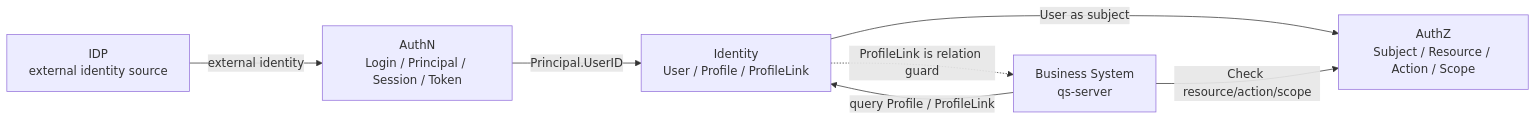
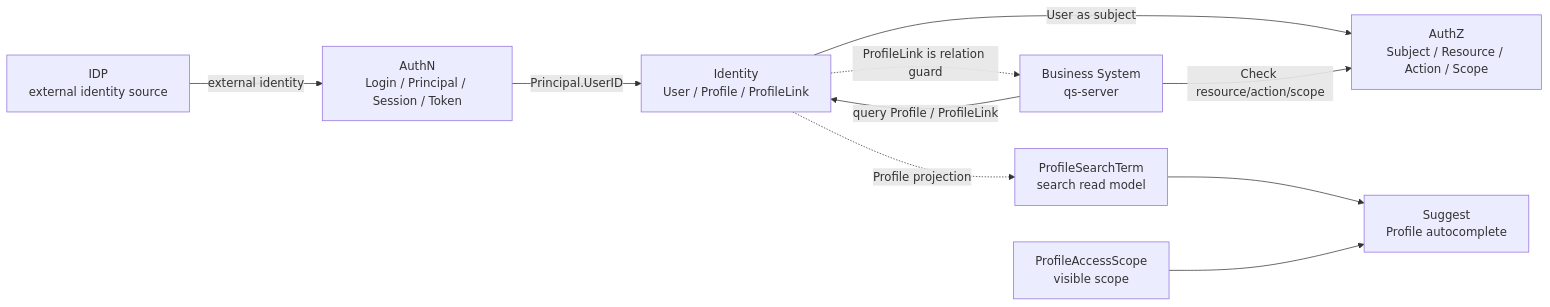
The third of 5 diagrams in docs/07-宣讲/05-Identity与ProfileLink讲法.md (FangcunMount/iam), drawn with Mermaid before and after one commit. The commit also changed other lines of this file and 16 other files, not shown here.

````diff
--- a/docs/07-宣讲/05-Identity与ProfileLink讲法.md
+++ b/docs/07-宣讲/05-Identity与ProfileLink讲法.md
@@ -236,15 +253,20 @@
 ```mermaid
 flowchart LR
     IDP["IDP<br/>external identity source"]
     AuthN["AuthN<br/>Login / Principal / Session / Token"]
     Identity["Identity<br/>User / Profile / ProfileLink"]
     AuthZ["AuthZ<br/>Subject / Resource / Action / Scope"]
+    Suggest["Suggest<br/>Profile autocomplete"]
+    ProfileSearchTerm["ProfileSearchTerm<br/>search read model"]
+    ProfileAccessScope["ProfileAccessScope<br/>visible scope"]
     Business["Business System<br/>qs-server"]
 
     IDP -->|"external identity"| AuthN
     AuthN -->|"Principal.UserID"| Identity
     Identity -->|"User as subject"| AuthZ
     Business -->|"query Profile / ProfileLink"| Identity
     Business -->|"Check resource/action/scope"| AuthZ
     Identity -. "ProfileLink is relation guard" .-> Business
+    Identity -. "Profile projection" .-> ProfileSearchTerm --> Suggest
+    ProfileAccessScope --> Suggest
 ```
````
